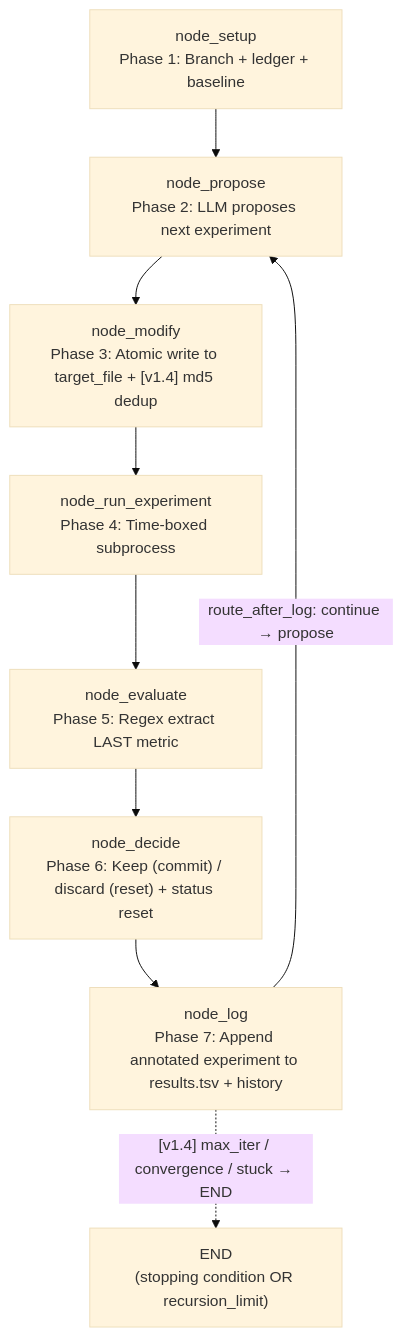
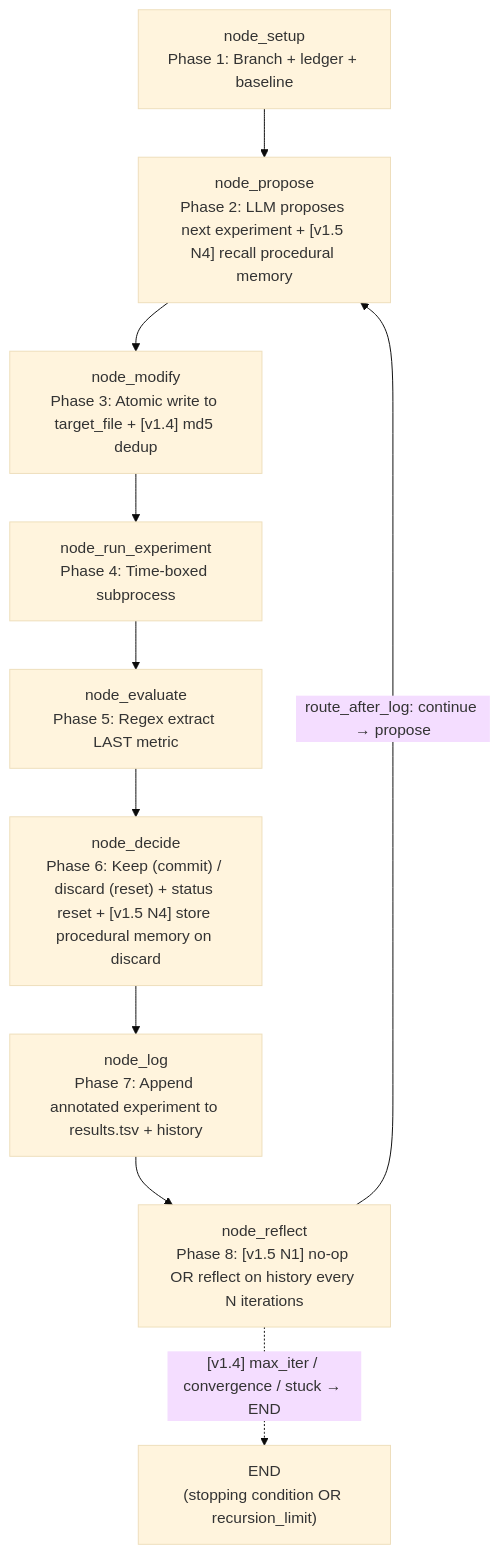
The diagram in docs/workflows/autoresearch/ARCHITECTURE.md (brunogcar/agent), drawn with Mermaid (base theme) before and after one commit. The commit also changed other lines of this file and 12 other files, not shown here.

First line of the commit message:
﻿feat(autoresearch): v1.5 — reflect node (N1) + cross-run learning (N4)

````diff
--- a/docs/workflows/autoresearch/ARCHITECTURE.md
+++ b/docs/workflows/autoresearch/ARCHITECTURE.md
@@ -56,11 +59,12 @@
 ```mermaid
 graph TD
-    A["node_setup<br/>Phase 1: Branch + ledger + baseline"] --> B["node_propose<br/>Phase 2: LLM proposes next experiment"]
+    A["node_setup<br/>Phase 1: Branch + ledger + baseline"] --> B["node_propose<br/>Phase 2: LLM proposes next experiment + [v1.5 N4] recall procedural memory"]
     B --> C["node_modify<br/>Phase 3: Atomic write to target_file + [v1.4] md5 dedup"]
     C --> D["node_run_experiment<br/>Phase 4: Time-boxed subprocess"]
     D --> E["node_evaluate<br/>Phase 5: Regex extract LAST metric"]
-    E --> F["node_decide<br/>Phase 6: Keep (commit) / discard (reset) + status reset"]
+    E --> F["node_decide<br/>Phase 6: Keep (commit) / discard (reset) + status reset + [v1.5 N4] store procedural memory on discard"]
     F --> G["node_log<br/>Phase 7: Append annotated experiment to results.tsv + history"]
-    G -->|"route_after_log: continue → propose"| B
-    G -.->|"[v1.4] max_iter / convergence / stuck → END"| S["END<br/>(stopping condition OR recursion_limit)"]
+    G --> H["node_reflect<br/>Phase 8: [v1.5 N1] no-op OR reflect on history every N iterations"]
+    H -->|"route_after_log: continue → propose"| B
+    H -.->|"[v1.4] max_iter / convergence / stuck → END"| S["END<br/>(stopping condition OR recursion_limit)"]
 ```
````
